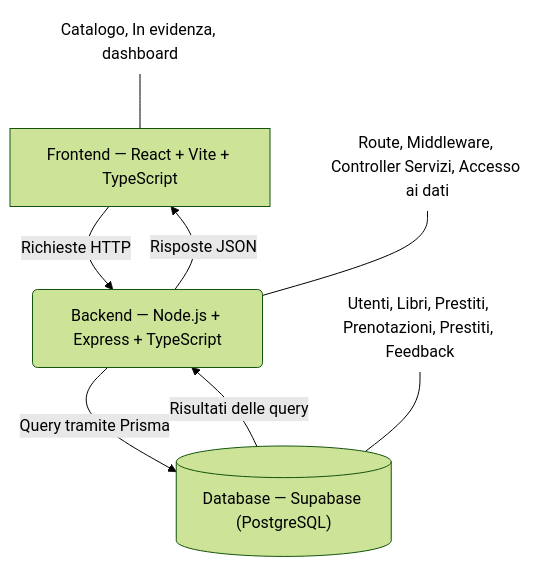
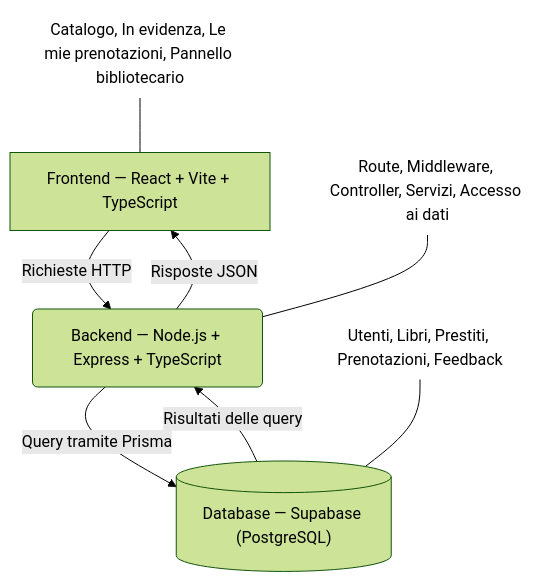
One commit to Fedois/project-work changed the diagram in documents/diagrams/stack.md. Above: the diagram before and after it, drawn with Mermaid (forest theme). The commit also changed 25 other files, not shown here.

````diff
--- a/documents/diagrams/stack.md
+++ b/documents/diagrams/stack.md
@@ -3,17 +3,17 @@
 ```mermaid
 flowchart TB
     A["Frontend — React + Vite + TypeScript"] -- Richieste HTTP --> B("Backend — Node.js + Express + TypeScript<br>")
     B -- Risposte JSON --> A
     B -- Query tramite Prisma --> C[("Database — Supabase (PostgreSQL)")]
     C -- Risultati delle query --> B
-    n1["Catalogo, In evidenza, dashboard"]
-    n2["Route, Middleware, Controller Servizi, Accesso ai dati"]
-    n3["Utenti, Libri, Prestiti, Prenotazioni, Prestiti, Feedback"]
+    n1["Catalogo, In evidenza, Le mie prenotazioni, Pannello bibliotecario"]
+    n2["Route, Middleware, Controller, Servizi, Accesso ai dati"]
+    n3["Utenti, Libri, Prestiti, Prenotazioni, Feedback"]
 
     n1@{ shape: text}
     n2@{ shape: text}
     n3@{ shape: text}
     n1 --- A
     n2 --- B
     n3 --- C
 ```
````
